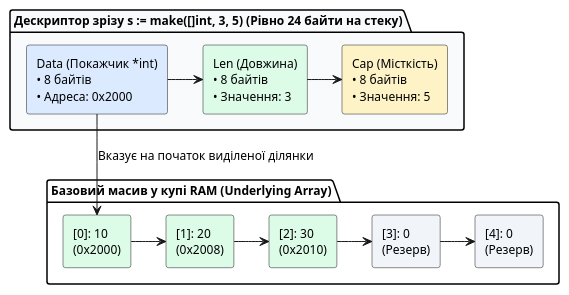
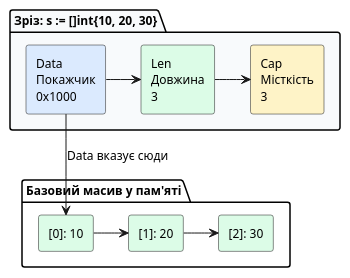
The eighth of 11 diagrams in content/17.client-server-architecture/02.type-system-and-memory-model.md (arakviel/kostyl.dev), drawn with PlantUML before and after one commit. The commit also changed other lines of this file and 1 other file, not shown here.

Commit message:
docs: update content in client-server architecture and type system modules

````diff
--- a/content/17.client-server-architecture/02.type-system-and-memory-model.md
+++ b/content/17.client-server-architecture/02.type-system-and-memory-model.md
@@ -2663,30 +8058,26 @@
 ```plantuml
 @startuml
 skinparam style plain
 skinparam backgroundColor #FFFFFF
 skinparam defaultFontSize 12
 
-package "Дескриптор зрізу s := make([]int, 3, 5) (Рівно 24 байти на стеку)" #F8FAFC {
-    rectangle "Data (Покажчик *int)\n• 8 байтів\n• Адреса: 0x2000" as Ptr #DBEAFE
-    rectangle "Len (Довжина)\n• 8 байтів\n• Значення: 3" as Len #DCFCE7
-    rectangle "Cap (Місткість)\n• 8 байтів\n• Значення: 5" as Cap #FEF3C7
+package "Зріз: s := []int{10, 20, 30}" #F8FAFC {
+    rectangle "Data\nПокажчик\n0x1000" as Ptr #DBEAFE
+    rectangle "Len\nДовжина\n3" as Len #DCFCE7
+    rectangle "Cap\nМісткість\n3" as Cap #FEF3C7
     Ptr -right-> Len
     Len -right-> Cap
 }
 
-package "Базовий масив у купі RAM (Underlying Array)" #FFFFFF {
-    rectangle "[0]: 10\n(0x2000)" as A0 #DCFCE7
-    rectangle "[1]: 20\n(0x2008)" as A1 #DCFCE7
-    rectangle "[2]: 30\n(0x2010)" as A2 #DCFCE7
-    rectangle "[3]: 0\n(Резерв)" as A3 #F1F5F9
-    rectangle "[4]: 0\n(Резерв)" as A4 #F1F5F9
+package "Базовий масив у пам'яті" #FFFFFF {
+    rectangle "[0]: 10" as A0 #DCFCE7
+    rectangle "[1]: 20" as A1 #DCFCE7
+    rectangle "[2]: 30" as A2 #DCFCE7
 
     A0 -right-> A1
     A1 -right-> A2
-    A2 -right-> A3
-    A3 -right-> A4
 }
 
-Ptr -down-> A0 : Вказує на початок виділеної ділянки
+Ptr -down-> A0 : Data вказує сюди
 @enduml
 ```
````
